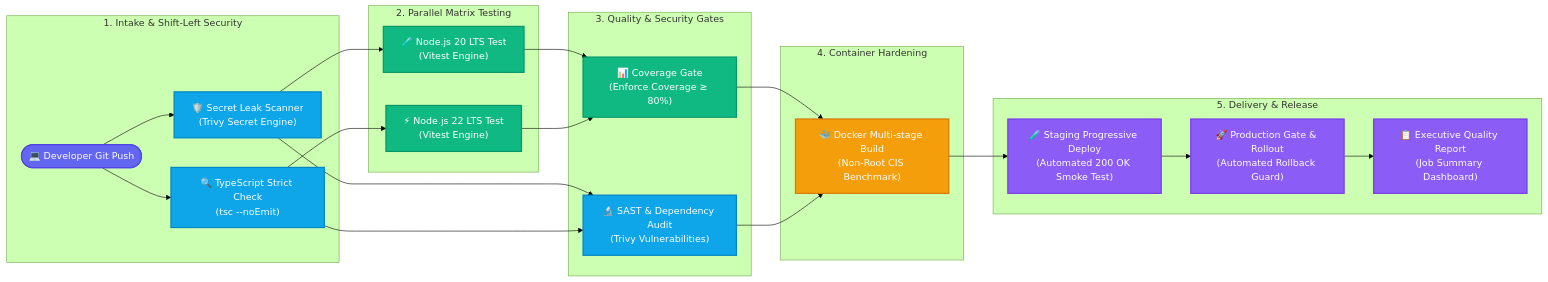
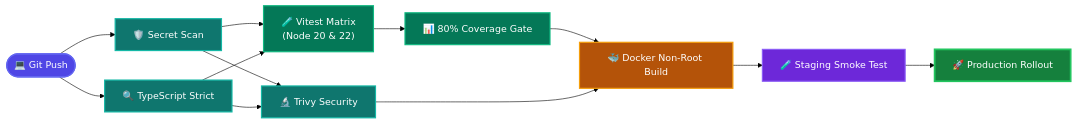
The diagram in README.md (Ma1910/test-cicd), drawn with Mermaid (forest theme) before and after one commit.

Commit message:
docs: modernize pipeline flowchart to clean horizontal workflow

````diff
--- a/README.md
+++ b/README.md
@@ -51,52 +51,33 @@
 ```mermaid
 flowchart LR
-    classDef startNode fill:#6366f1,stroke:#4f46e5,stroke-width:2px,color:#fff;
-    classDef checkNode fill:#0ea5e9,stroke:#0284c7,stroke-width:2px,color:#fff;
-    classDef testNode fill:#10b981,stroke:#059669,stroke-width:2px,color:#fff;
-    classDef packNode fill:#f59e0b,stroke:#d97706,stroke-width:2px,color:#fff;
-    classDef deployNode fill:#8b5cf6,stroke:#7c3aed,stroke-width:2px,color:#fff;
+    %% Modern Palette & Pill/Card Styling
+    classDef trigger fill:#4f46e5,stroke:#6366f1,stroke-width:2px,color:#ffffff;
+    classDef security fill:#0f766e,stroke:#14b8a6,stroke-width:2px,color:#ffffff;
+    classDef test fill:#047857,stroke:#10b981,stroke-width:2px,color:#ffffff;
+    classDef build fill:#b45309,stroke:#f59e0b,stroke-width:2px,color:#ffffff;
+    classDef deploy fill:#6d28d9,stroke:#8b5cf6,stroke-width:2px,color:#ffffff;
+    classDef prod fill:#15803d,stroke:#22c55e,stroke-width:3px,color:#ffffff;
 
-    subgraph Phase1 ["1. Intake & Shift-Left Security"]
-        Push(["💻 Developer Git Push"]):::startNode
-        Sec["🛡️ Secret Leak Scanner<br/>(Trivy Secret Engine)"]:::checkNode
-        Type["🔍 TypeScript Strict Check<br/>(tsc --noEmit)"]:::checkNode
-    end
+    Push(["💻 Git Push"]):::trigger
+    
+    %% Shift-Left Gates
+    Push --> SecretScan["🛡️ Secret Scan"]:::security
+    Push --> TypeCheck["🔍 TypeScript Strict"]:::security
 
-    subgraph Phase2 ["2. Parallel Matrix Testing"]
-        Node20["🧪 Node.js 20 LTS Test<br/>(Vitest Engine)"]:::testNode
-        Node22["⚡ Node.js 22 LTS Test<br/>(Vitest Engine)"]:::testNode
-    end
+    %% Parallel Matrix & SAST
+    SecretScan --> TestMatrix["🧪 Vitest Matrix<br/>(Node 20 & 22)"]:::test
+    TypeCheck --> TestMatrix
+    SecretScan --> TrivyScan["🔬 Trivy Security"]:::security
+    TypeCheck --> TrivyScan
 
-    subgraph Phase3 ["3. Quality & Security Gates"]
-        Gate["📊 Coverage Gate<br/>(Enforce Coverage ≥ 80%)"]:::testNode
-        SAST["🔬 SAST & Dependency Audit<br/>(Trivy Vulnerabilities)"]:::checkNode
-    end
+    %% Quality Verification
+    TestMatrix --> CoverageGate["📊 80% Coverage Gate"]:::test
 
-    subgraph Phase4 ["4. Container Hardening"]
-        Docker["🐳 Docker Multi-stage Build<br/>(Non-Root CIS Benchmark)"]:::packNode
-    end
+    %% Build & Hardening
+    CoverageGate --> DockerBuild["🐳 Docker Non-Root Build"]:::build
+    TrivyScan --> DockerBuild
 
-    subgraph Phase5 ["5. Delivery & Release"]
-        Staging["🧪 Staging Progressive Deploy<br/>(Automated 200 OK Smoke Test)"]:::deployNode
-        Prod["🚀 Production Gate & Rollout<br/>(Automated Rollback Guard)"]:::deployNode
-        Report["📋 Executive Quality Report<br/>(Job Summary Dashboard)"]:::deployNode
-    end
-
-    Push --> Sec
-    Push --> Type
-
-    Sec --> Node20
-    Type --> Node22
-    Sec --> SAST
-    Type --> SAST
-
-    Node20 --> Gate
-    Node22 --> Gate
-
-    Gate --> Docker
-    SAST --> Docker
-
-    Docker --> Staging
-    Staging --> Prod
-    Prod --> Report
+    %% Deployment Workflow
+    DockerBuild --> StagingSmoke["🧪 Staging Smoke Test"]:::deploy
+    StagingSmoke --> ProdDeploy["🚀 Production Rollout"]:::prod
 ```
````
